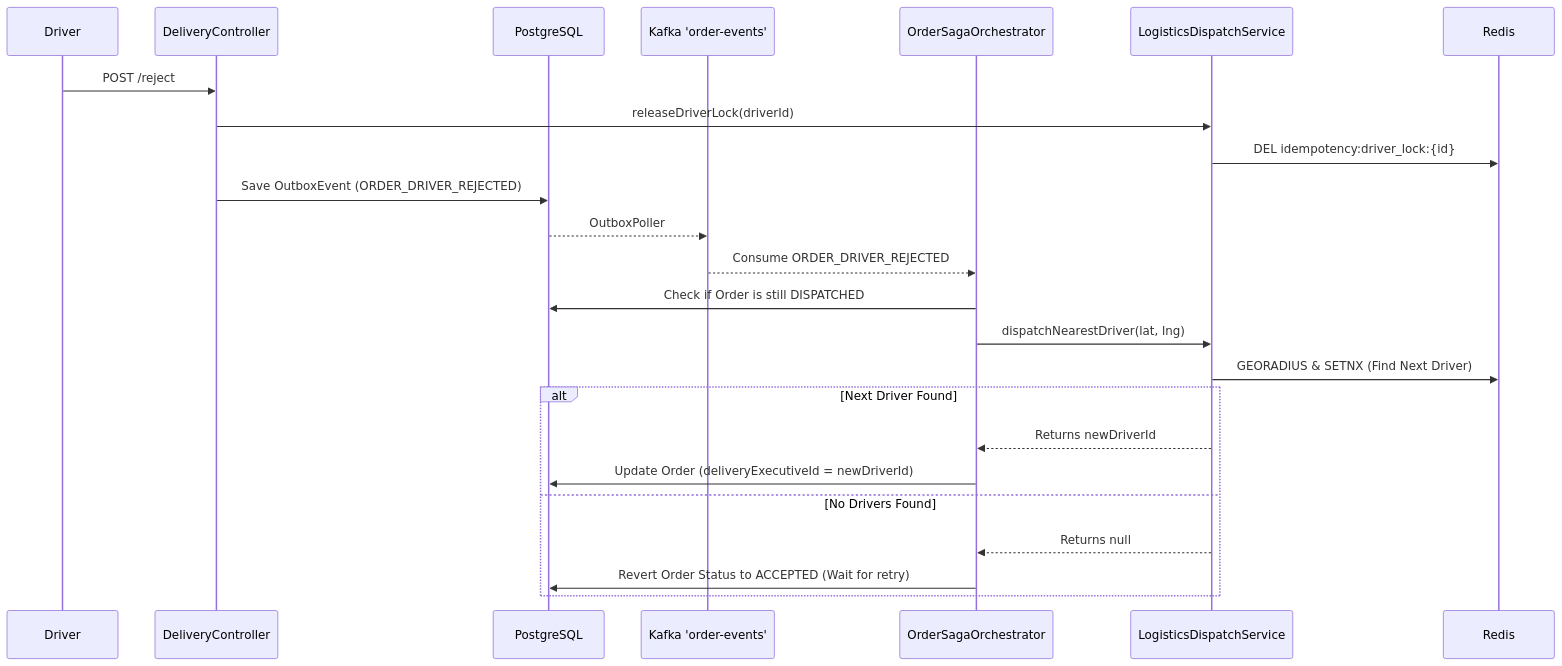
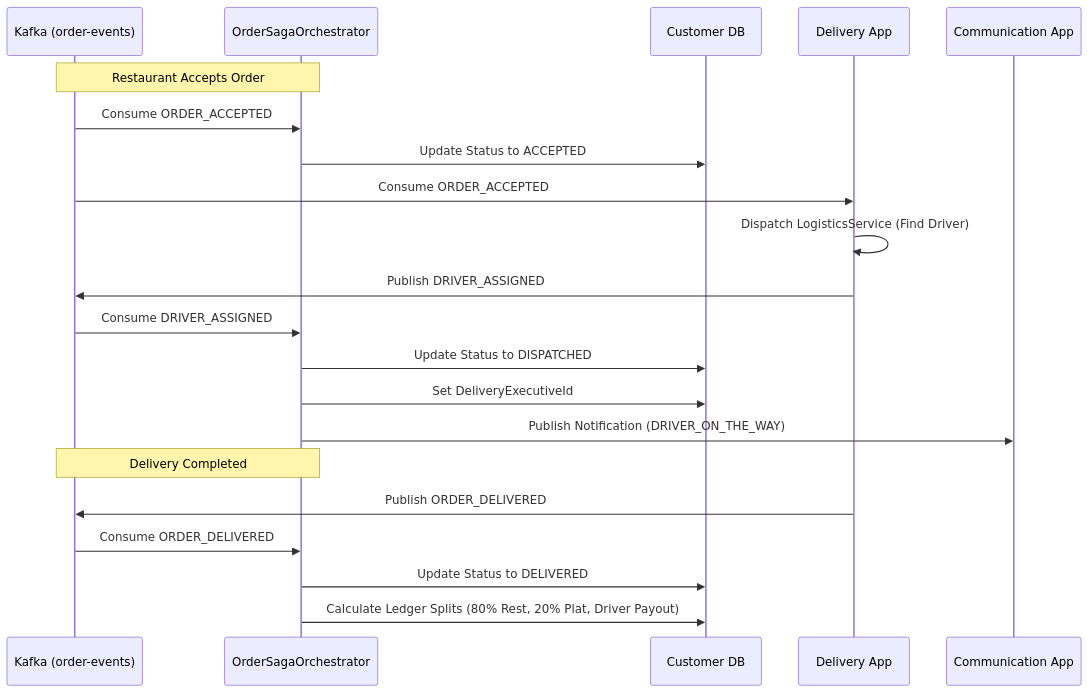
One commit to parthu-reddy/CustomerApplication changed the third of 3 diagrams in SYSTEM_FLOW_DIAGRAMS.md. Above: the diagram before and after it, drawn with Mermaid. The commit also changed other lines of this file and 4 other files, not shown here.

Commit message:
fix: orchestrator state tracking and sql cleanup

````diff
--- a/SYSTEM_FLOW_DIAGRAMS.md
+++ b/SYSTEM_FLOW_DIAGRAMS.md
@@ -321,30 +77,27 @@
 ```mermaid
 sequenceDiagram
-    participant DRV as Driver
-    participant API as DeliveryController
-    participant DB as PostgreSQL
-    participant K as Kafka 'order-events'
-    participant SAGA as OrderSagaOrchestrator
-    participant DISP as LogisticsDispatchService
-    participant REDIS as Redis
+    participant K_Order as Kafka (order-events)
+    participant Saga as OrderSagaOrchestrator
+    participant DB as Customer DB
+    participant Del as Delivery App
+    participant Notif as Communication App
 
-    DRV->>API: POST /reject
-    API->>DISP: releaseDriverLock(driverId)
-    DISP->>REDIS: DEL idempotency:driver_lock:{id}
-    API->>DB: Save OutboxEvent (ORDER_DRIVER_REJECTED)
+    note over K_Order,Saga: Restaurant Accepts Order
+    K_Order->>Saga: Consume ORDER_ACCEPTED
+    Saga->>DB: Update Status to ACCEPTED
     
-    DB-->>K: OutboxPoller
-    K-->>SAGA: Consume ORDER_DRIVER_REJECTED
+    K_Order->>Del: Consume ORDER_ACCEPTED
+    Del->>Del: Dispatch LogisticsService (Find Driver)
+    Del->>K_Order: Publish DRIVER_ASSIGNED
     
-    SAGA->>DB: Check if Order is still DISPATCHED
-    SAGA->>DISP: dispatchNearestDriver(lat, lng)
-    DISP->>REDIS: GEORADIUS & SETNX (Find Next Driver)
+    K_Order->>Saga: Consume DRIVER_ASSIGNED
+    Saga->>DB: Update Status to DISPATCHED
+    Saga->>DB: Set DeliveryExecutiveId
+    Saga->>Notif: Publish Notification (DRIVER_ON_THE_WAY)
     
-    alt Next Driver Found
-        DISP-->>SAGA: Returns newDriverId
-        SAGA->>DB: Update Order (deliveryExecutiveId = newDriverId)
-    else No Drivers Found
-        DISP-->>SAGA: Returns null
-        SAGA->>DB: Revert Order Status to ACCEPTED (Wait for retry)
-    end
+    note over K_Order,Saga: Delivery Completed
+    Del->>K_Order: Publish ORDER_DELIVERED
+    K_Order->>Saga: Consume ORDER_DELIVERED
+    Saga->>DB: Update Status to DELIVERED
+    Saga->>DB: Calculate Ledger Splits (80% Rest, 20% Plat, Driver Payout)
 ```
````
